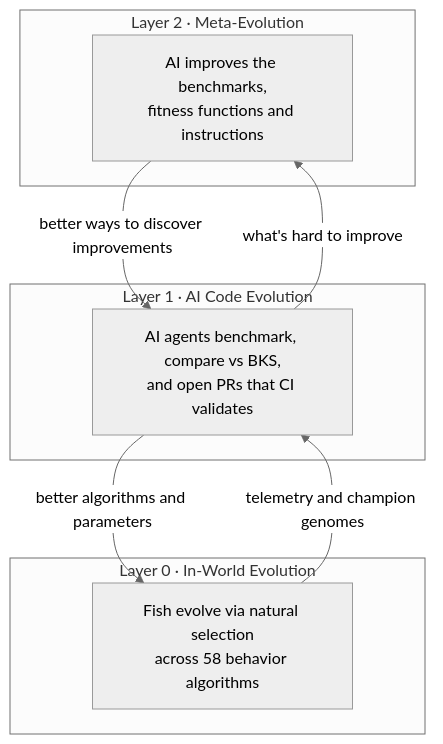
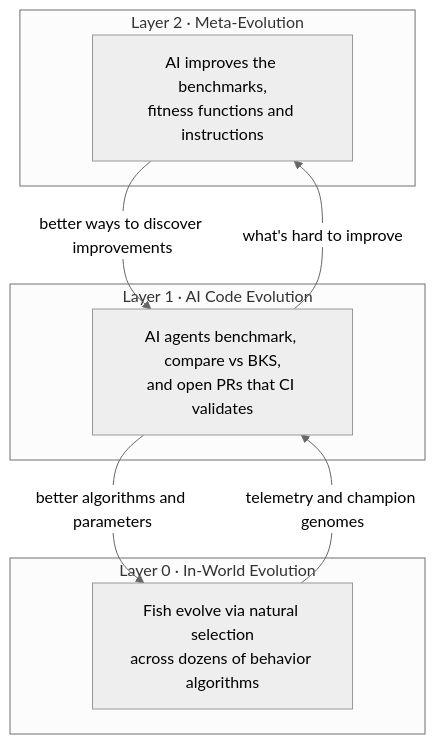
The first of 2 diagrams in README.md (mbolaris/tank), drawn with Mermaid (neutral theme) before and after one commit. The commit also changed other lines of this file and 3 other files, not shown here.

````diff
--- a/README.md
+++ b/README.md
@@ -38,16 +38,16 @@
 ```mermaid
 flowchart TB
     subgraph L2["Layer 2 · Meta-Evolution"]
         M[AI improves the benchmarks,<br/>fitness functions and instructions]
     end
     subgraph L1["Layer 1 · AI Code Evolution"]
         A[AI agents benchmark, compare vs BKS,<br/>and open PRs that CI validates]
     end
     subgraph L0["Layer 0 · In-World Evolution"]
-        F[Fish evolve via natural selection<br/>across 58 behavior algorithms]
+        F[Fish evolve via natural selection<br/>across dozens of behavior algorithms]
     end
     M -->|better ways to discover improvements| A
     A -->|better algorithms and parameters| F
     F -->|telemetry and champion genomes| A
     A -->|what's hard to improve| M
 ```
````
